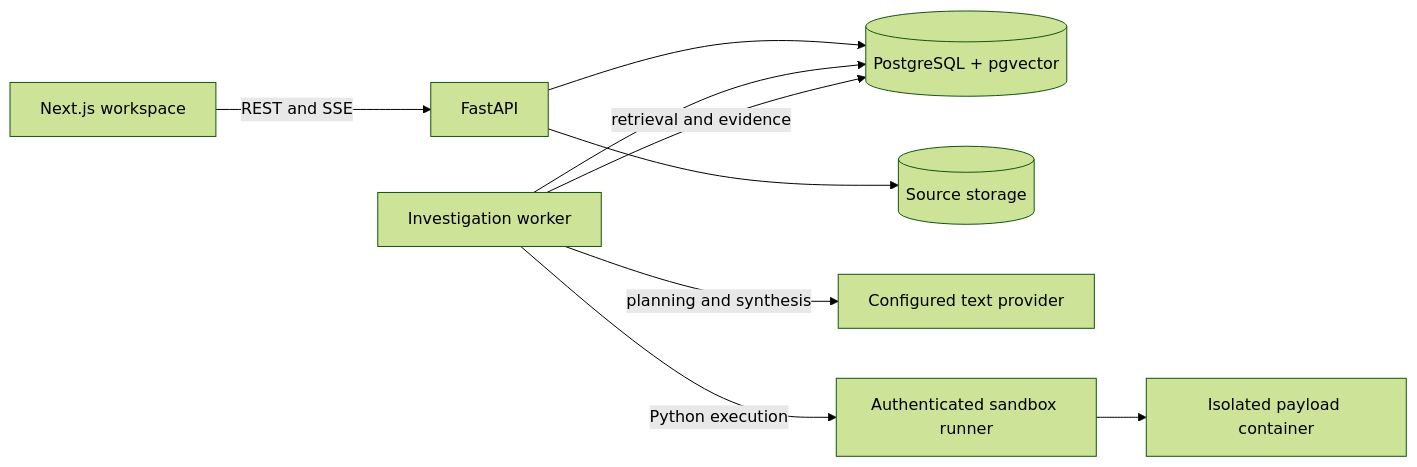
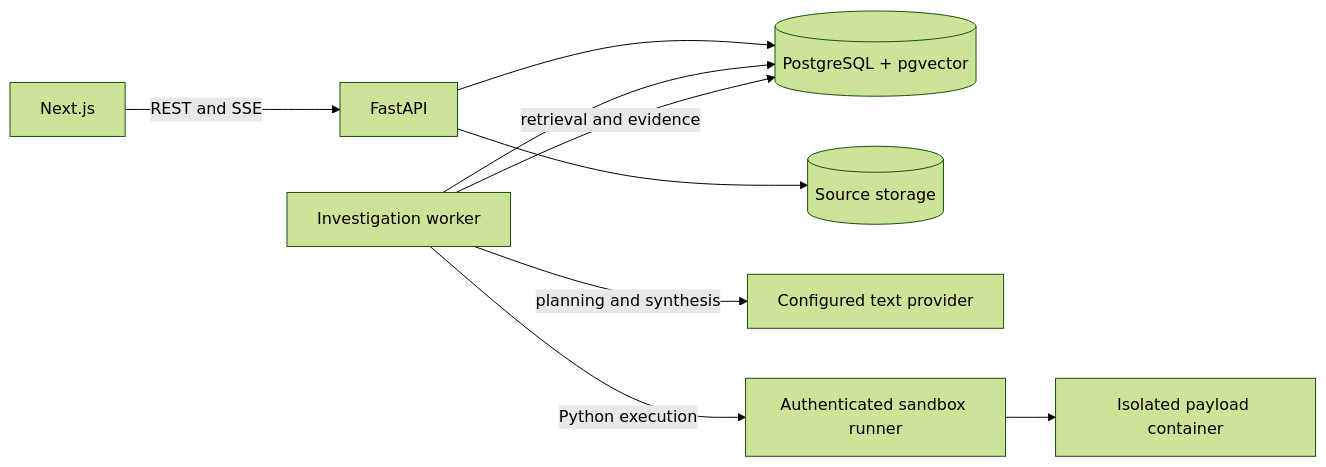
Before and after one commit to sohaib-0897/OmniOps: the diagram in README.md, drawn with Mermaid (forest theme). The commit also changed other lines of this file and 62 other files, not shown here.

````diff
--- a/README.md
+++ b/README.md
@@ -37,11 +32,11 @@
 ```mermaid
 flowchart LR
-    UI[Next.js workspace] -->|REST and SSE| API[FastAPI]
+    UI[Next.js] -->|REST and SSE| API[FastAPI]
     API --> DB[(PostgreSQL + pgvector)]
     API --> Files[(Source storage)]
     Worker[Investigation worker] --> DB
     Worker -->|planning and synthesis| LLM[Configured text provider]
     Worker -->|retrieval and evidence| DB
     Worker -->|Python execution| Runner[Authenticated sandbox runner]
     Runner --> Payload[Isolated payload container]
 ```
````
